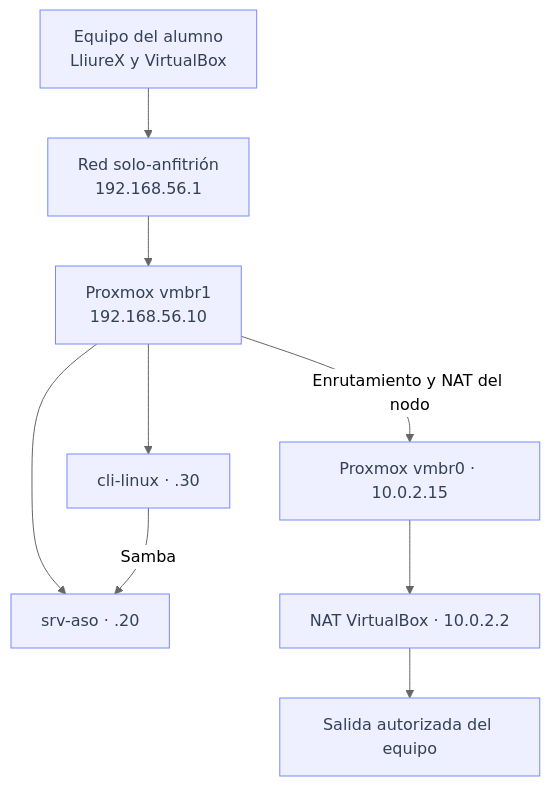
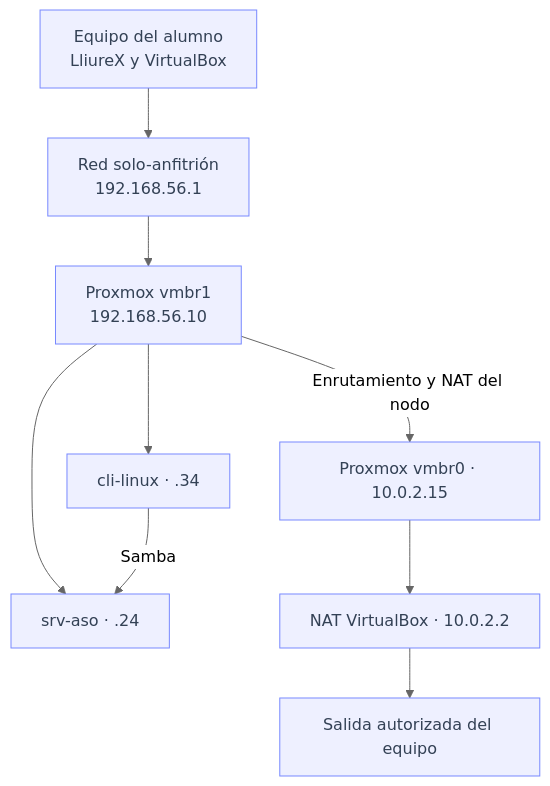
Before and after one commit to rbrotonsnavarro-png/pi-proxmox-Brotons-Navarro: the diagram in docs/02-diagrama-red.md, drawn with Mermaid (neutral theme). The commit also changed other lines of this file, not shown here.

````diff
--- a/docs/02-diagrama-red.md
+++ b/docs/02-diagrama-red.md
@@ -33,26 +37,26 @@
 ```mermaid
 flowchart TD
     A["Equipo del alumno<br/>LliureX y VirtualBox"]
     B["Red solo-anfitrión<br/>192.168.56.1"]
     C["Proxmox vmbr1<br/>192.168.56.10"]
-    D["cli-linux · .30"]
-    E["srv-aso · .20"]
+    D["cli-linux · .34"]
+    E["srv-aso · .24"]
     F["Proxmox vmbr0 · 10.0.2.15"]
     G["NAT VirtualBox · 10.0.2.2"]
     H["Salida autorizada del equipo"]
 
     A --> B
     B --> C
 
     C --> D
     C -->|Enrutamiento y NAT del nodo| F
     C --> E
 
     D -->|Samba| E
 
     F --> G
     G --> H
 
     classDef nodo fill:#eef0ff,stroke:#7889ff,color:#334155,stroke-width:1px
     class A,B,C,D,E,F,G,H nodo
 ```
````
